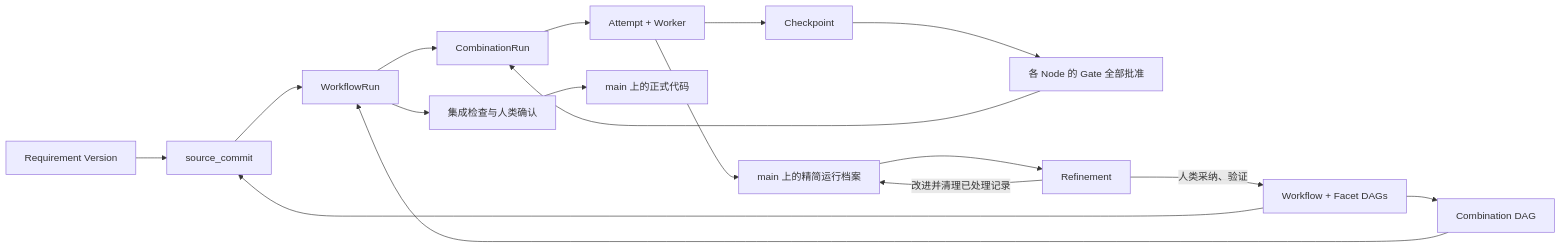
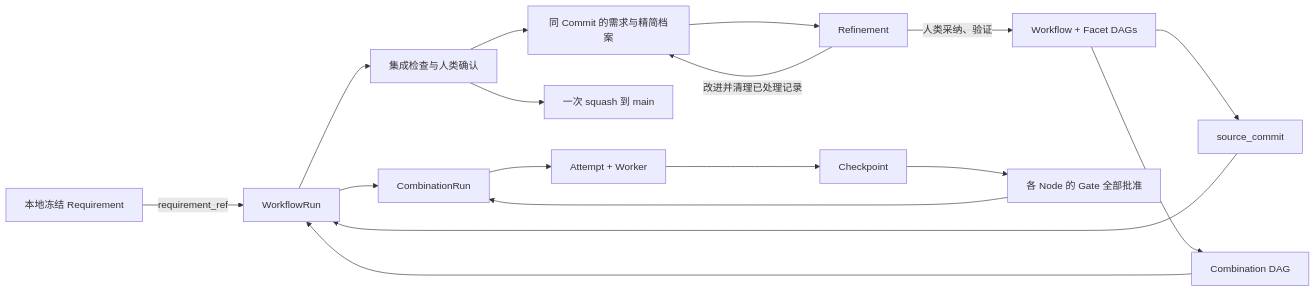
Before and after one commit to LingMessy/facetloom: the diagram in design/00-overview.md, drawn with Mermaid. The commit also changed other lines of this file and 10 other files, not shown here.

````diff
--- a/design/00-overview.md
+++ b/design/00-overview.md
@@ -18,19 +18,19 @@
 ```mermaid
 flowchart LR
-    R[Requirement Version] --> S[source_commit]
-    W[Workflow + Facet DAGs] --> S
+    R[本地冻结 Requirement] -->|requirement_ref| WR[WorkflowRun]
+    W[Workflow + Facet DAGs] --> S[source_commit]
     W --> D[Combination DAG]
     S --> WR[WorkflowRun]
     D --> WR
     WR --> CR[CombinationRun]
     CR --> A[Attempt + Worker]
     A --> C[Checkpoint]
     C --> G[各 Node 的 Gate 全部批准]
     G --> CR
     WR --> I[集成检查与人类确认]
-    I --> M[main 上的正式代码]
-    A --> L[main 上的精简运行档案]
+    I --> M[一次 squash 到 main]
+    I --> L[同 Commit 的需求与精简档案]
     L --> F[Refinement]
     F -->|人类采纳、验证| W
     F -->|改进并清理已处理记录| L
 ```
````
